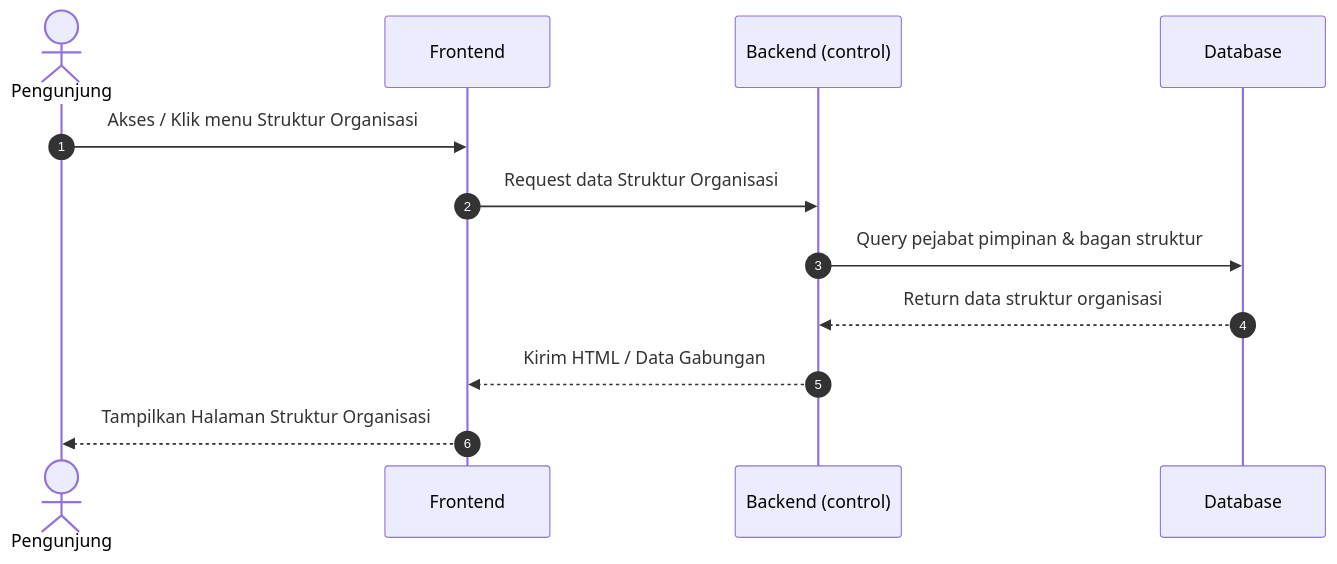
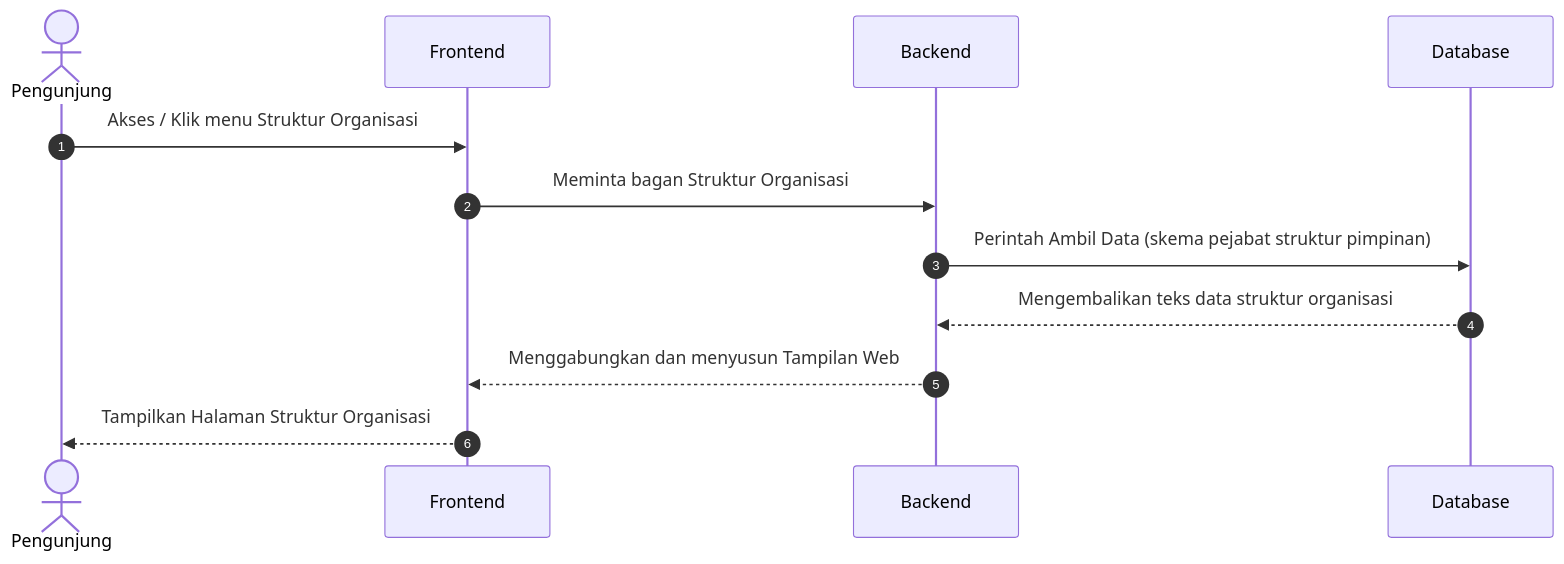
Before and after one commit to arbain-dev/Web_fikom: the third of 22 diagrams in docs/kumpulan_sequence_frontend.md, drawn with Mermaid. The commit also changed other lines of this file and 1 other file, not shown here.

Commit message:
docs: menyederhanakan bahasa teknikal (query, render, html, http, json) menjadi perbendaharaan operasional sederhana di diagram aktivitas public frontend

````diff
--- a/docs/kumpulan_sequence_frontend.md
+++ b/docs/kumpulan_sequence_frontend.md
@@ -47,18 +47,18 @@
 ```mermaid
 sequenceDiagram
     autonumber
     
     actor User as Pengunjung
-    participant Frontend
-    participant Backend as Backend (control)
-    participant DB as Database
+    participant Frontend as Frontend
+    participant Backend as Backend
+    participant Database as Database
 
     User->>Frontend: Akses / Klik menu Struktur Organisasi
-    Frontend->>Backend: Request data Struktur Organisasi
+    Frontend->>Backend: Meminta bagan Struktur Organisasi
     
-    Backend->>DB: Query pejabat pimpinan & bagan struktur
-    DB-->>Backend: Return data struktur organisasi
+    Backend->>Database: Perintah Ambil Data (skema pejabat struktur pimpinan)
+    Database-->>Backend: Mengembalikan teks data struktur organisasi
     
-    Backend-->>Frontend: Kirim HTML / Data Gabungan
+    Backend-->>Frontend: Menggabungkan dan menyusun Tampilan Web
     Frontend-->>User: Tampilkan Halaman Struktur Organisasi
 ```
````
